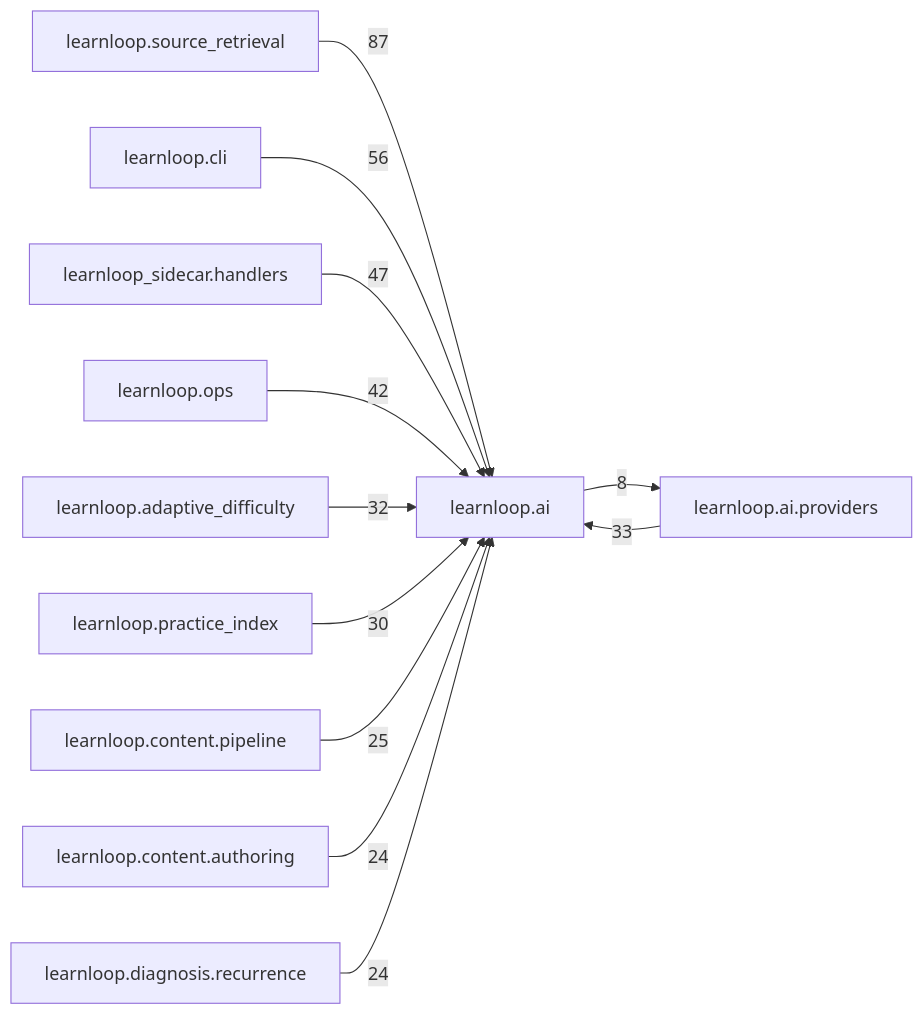
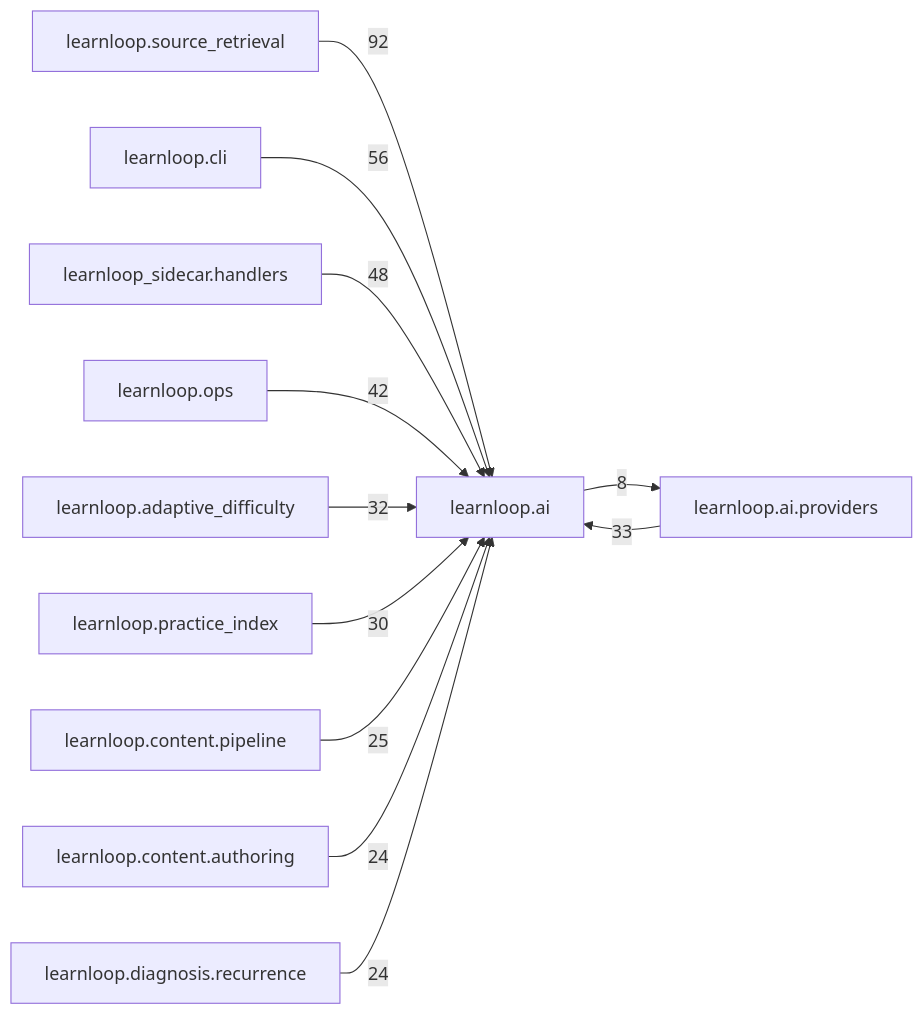
One commit to 6up-b/learnanything changed the diagram in docs/learnloop-architecture-vault/Reference/Modules/learnloop/ai/_package.md. Above: the diagram before and after it, drawn with Mermaid. The commit also changed other lines of this file and 201 other files, not shown here.

````diff
--- a/docs/learnloop-architecture-vault/Reference/Modules/learnloop/ai/_package.md
+++ b/docs/learnloop-architecture-vault/Reference/Modules/learnloop/ai/_package.md
@@ -166,25 +166,25 @@
 ```mermaid
 flowchart LR
     center["learnloop.ai"]
     n_learnloop_source_retrieval["learnloop.source_retrieval"]
     n_learnloop_cli["learnloop.cli"]
     n_learnloop_sidecar_handlers["learnloop_sidecar.handlers"]
     n_learnloop_ops["learnloop.ops"]
     n_learnloop_ai_providers["learnloop.ai.providers"]
     n_learnloop_adaptive_difficulty["learnloop.adaptive_difficulty"]
     n_learnloop_practice_index["learnloop.practice_index"]
     n_learnloop_content_pipeline["learnloop.content.pipeline"]
     n_learnloop_content_authoring["learnloop.content.authoring"]
     n_learnloop_diagnosis_recurrence["learnloop.diagnosis.recurrence"]
-    n_learnloop_source_retrieval -->|87| center
+    n_learnloop_source_retrieval -->|92| center
     n_learnloop_cli -->|56| center
-    n_learnloop_sidecar_handlers -->|47| center
+    n_learnloop_sidecar_handlers -->|48| center
     n_learnloop_ops -->|42| center
     n_learnloop_ai_providers -->|33| center
     center -->|8| n_learnloop_ai_providers
     n_learnloop_adaptive_difficulty -->|32| center
     n_learnloop_practice_index -->|30| center
     n_learnloop_content_pipeline -->|25| center
     n_learnloop_content_authoring -->|24| center
     n_learnloop_diagnosis_recurrence -->|24| center
 ```
````
